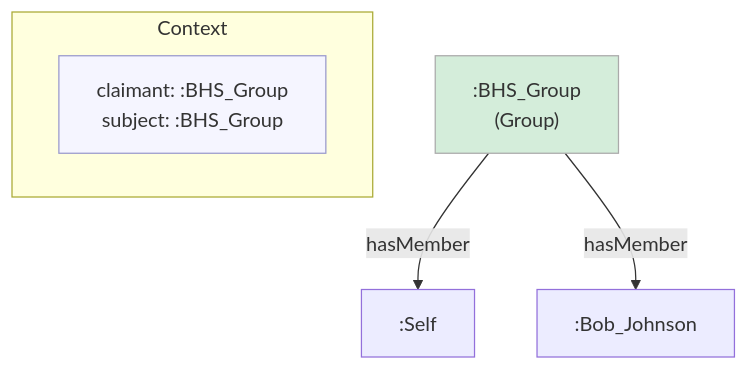
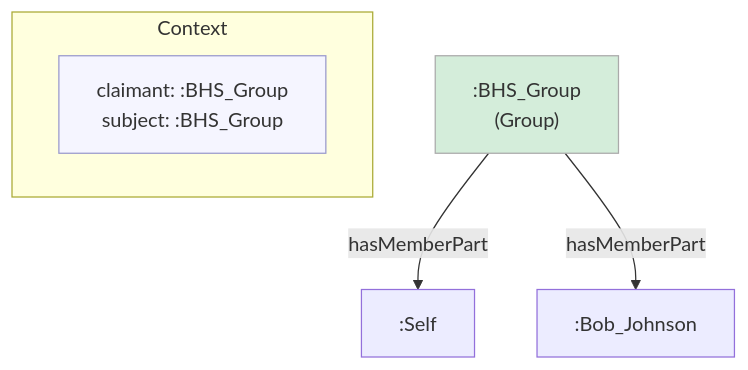
Before and after one commit to MeeFoundation/mia-ontologies: the diagram in example/contexts/images/bhs-group.members(boston-hub-society)(affiliations)(01).mmd, drawn with Mermaid. The commit also changed 331 other files, not shown here.

```diff
--- a/example/contexts/images/bhs-group.members(boston-hub-society)(affiliations)(01).mmd
+++ b/example/contexts/images/bhs-group.members(boston-hub-society)(affiliations)(01).mmd
@@ -1,18 +1,18 @@
 flowchart TD
     classDef person fill:#fffacd,stroke:#aaa,color:#333
     classDef grp    fill:#d4edda,stroke:#aaa,color:#333
     classDef org    fill:#cce5ff,stroke:#aaa,color:#333
     classDef lit    fill:none,stroke:none,font-style:italic,color:#2a7a2a
     classDef meta   fill:#f5f5ff,stroke:#9999cc,color:#333
 
     subgraph ctx["Context"]
         direction LR
         ctx_meta["claimant: :BHS_Group\nsubject: :BHS_Group"]:::meta
     end
 
     n1f280731bedf[":BHS_Group\n(Group)"]:::grp
     n89768dce3f8b[":Self"]
     ncea94215aa38[":Bob_Johnson"]
 
-    n1f280731bedf -->|"hasMember"| n89768dce3f8b
-    n1f280731bedf -->|"hasMember"| ncea94215aa38
+    n1f280731bedf -->|"hasMemberPart"| n89768dce3f8b
+    n1f280731bedf -->|"hasMemberPart"| ncea94215aa38
```
